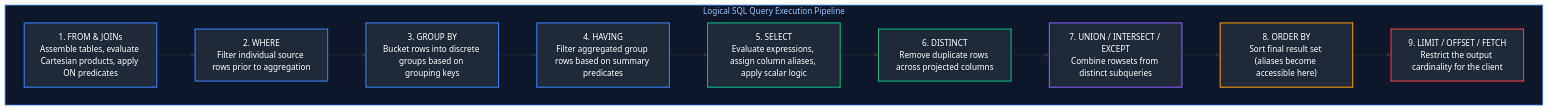
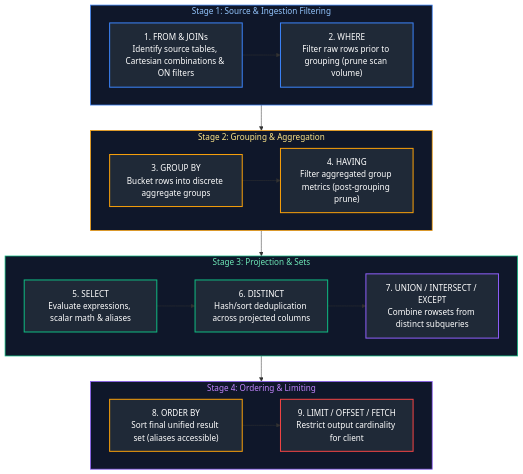
Before and after one commit to joydeep-biswas/Interview-Preparation: the first of 6 diagrams in Data Engineering/frequently_asked_questions/01_sql.md, drawn with Mermaid. The commit also changed other lines of this file and 76 other files, not shown here.

Commit message:
Updated Charts

````diff
--- a/Data Engineering/frequently_asked_questions/01_sql.md
+++ b/Data Engineering/frequently_asked_questions/01_sql.md
@@ -76,24 +76,40 @@
 ```mermaid
 flowchart TD
-    subgraph ExecutionOrder ["Logical SQL Query Execution Pipeline"]
-        S1["1. FROM & JOINs<br/>Assemble tables, evaluate Cartesian products, apply ON predicates"] --> S2["2. WHERE<br/>Filter individual source rows prior to aggregation"]
-        S2 --> S3["3. GROUP BY<br/>Bucket rows into discrete groups based on grouping keys"]
-        S3 --> S4["4. HAVING<br/>Filter aggregated group rows based on summary predicates"]
-        S4 --> S5["5. SELECT<br/>Evaluate expressions, assign column aliases, apply scalar logic"]
-        S5 --> S6["6. DISTINCT<br/>Remove duplicate rows across projected columns"]
-        S6 --> S7["7. UNION / INTERSECT / EXCEPT<br/>Combine rowsets from distinct subqueries"]
-        S7 --> S8["8. ORDER BY<br/>Sort final result set (aliases become accessible here)"]
-        S8 --> S9["9. LIMIT / OFFSET / FETCH<br/>Restrict the output cardinality for the client"]
+    subgraph Stage1 ["Stage 1: Source & Ingestion Filtering"]
+        direction LR
+        S1["1. FROM & JOINs<br/>Identify source tables, Cartesian combinations & ON filters"] --> S2["2. WHERE<br/>Filter raw rows prior to grouping (prune scan volume)"]
     end
 
-    style ExecutionOrder fill:#0f172a,stroke:#3b82f6,stroke-width:1.5px,color:#93c5fd
+    subgraph Stage2 ["Stage 2: Grouping & Aggregation"]
+        direction LR
+        S3["3. GROUP BY<br/>Bucket rows into discrete aggregate groups"] --> S4["4. HAVING<br/>Filter aggregated group metrics (post-grouping prune)"]
+    end
+
+    subgraph Stage3 ["Stage 3: Projection & Sets"]
+        direction LR
+        S5["5. SELECT<br/>Evaluate expressions, scalar math & aliases"] --> S6["6. DISTINCT<br/>Hash/sort deduplication across projected columns"] --> S7["7. UNION / INTERSECT / EXCEPT<br/>Combine rowsets from distinct subqueries"]
+    end
+
+    subgraph Stage4 ["Stage 4: Ordering & Limiting"]
+        direction LR
+        S8["8. ORDER BY<br/>Sort final unified result set (aliases accessible)"] --> S9["9. LIMIT / OFFSET / FETCH<br/>Restrict output cardinality for client"]
+    end
+
+    S2 --> S3
+    S4 --> S5
+    S7 --> S8
+
+    style Stage1 fill:#0f172a,stroke:#3b82f6,stroke-width:1.5px,color:#93c5fd
+    style Stage2 fill:#0f172a,stroke:#f59e0b,stroke-width:1.5px,color:#fde68a
+    style Stage3 fill:#0f172a,stroke:#10b981,stroke-width:1.5px,color:#6ee7b7
+    style Stage4 fill:#0f172a,stroke:#8b5cf6,stroke-width:1.5px,color:#c084fc
     style S1 fill:#1f2937,stroke:#3b82f6,stroke-width:2px,color:#fff
     style S2 fill:#1f2937,stroke:#3b82f6,stroke-width:2px,color:#fff
-    style S3 fill:#1f2937,stroke:#3b82f6,stroke-width:2px,color:#fff
-    style S4 fill:#1f2937,stroke:#3b82f6,stroke-width:2px,color:#fff
+    style S3 fill:#1f2937,stroke:#f59e0b,stroke-width:2px,color:#fff
+    style S4 fill:#1f2937,stroke:#f59e0b,stroke-width:2px,color:#fff
     style S5 fill:#1f2937,stroke:#10b981,stroke-width:2px,color:#fff
     style S6 fill:#1f2937,stroke:#10b981,stroke-width:2px,color:#fff
     style S7 fill:#1f2937,stroke:#8b5cf6,stroke-width:2px,color:#fff
     style S8 fill:#1f2937,stroke:#f59e0b,stroke-width:2px,color:#fff
     style S9 fill:#1f2937,stroke:#ef4444,stroke-width:2px,color:#fff
 ```
````
